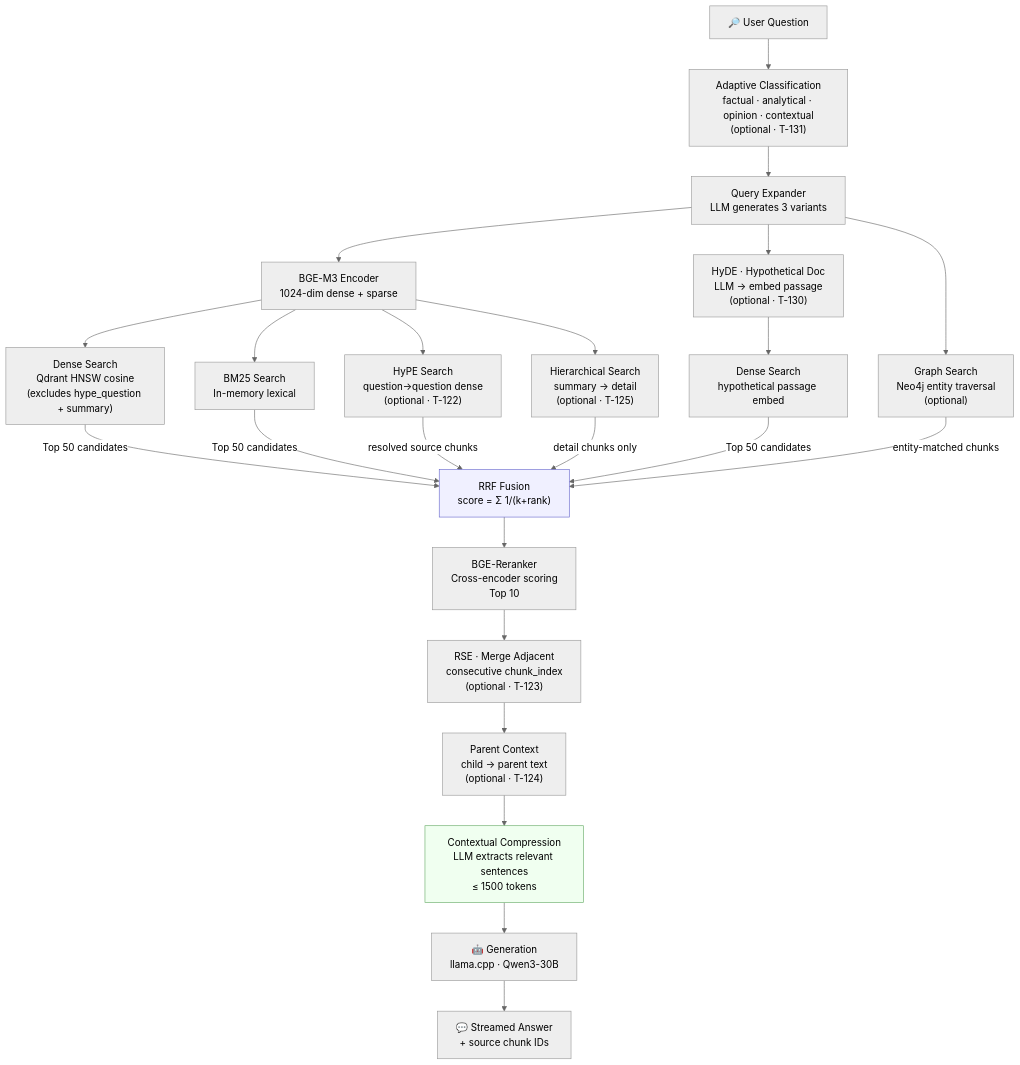
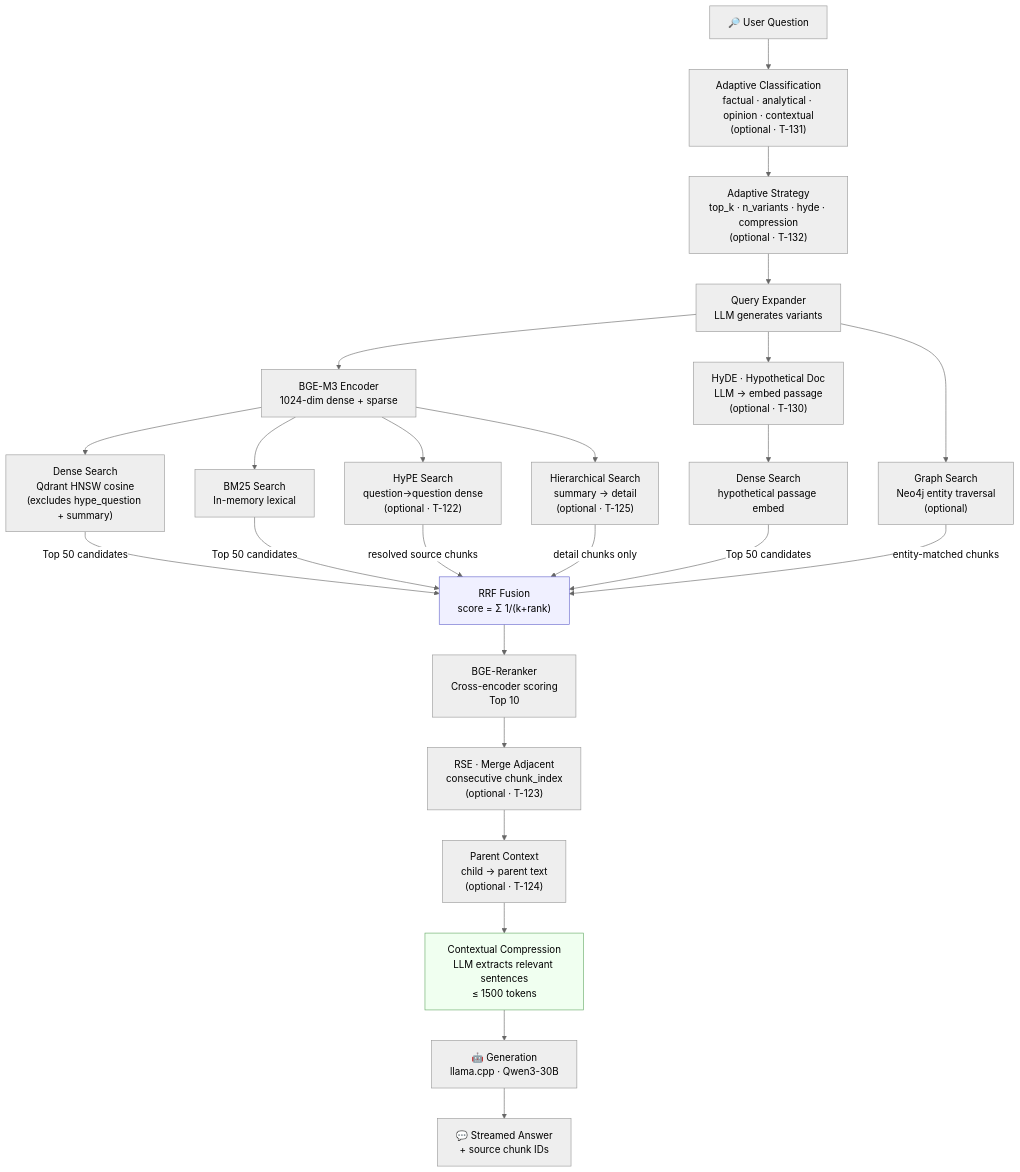
Before and after one commit to ealbertoav/rag_platform: the seventh of 10 diagrams in README.md, drawn with Mermaid (neutral theme). The commit also changed other lines of this file and 14 other files, not shown here.

````diff
--- a/README.md
+++ b/README.md
@@ -1233,31 +1237,32 @@
 ```mermaid
 flowchart TD
     Q["🔎 User Question"] --> ADAPT["Adaptive Classification<br/>factual · analytical · opinion · contextual<br/>(optional · T-131)"]
-    ADAPT --> QE["Query Expander<br/>LLM generates 3 variants"]
+    ADAPT --> STRAT["Adaptive Strategy<br/>top_k · n_variants · hyde · compression<br/>(optional · T-132)"]
+    STRAT --> QE["Query Expander<br/>LLM generates variants"]
     QE --> EMB["BGE-M3 Encoder<br/>1024-dim dense + sparse"]
     QE --> HYDE["HyDE · Hypothetical Doc<br/>LLM → embed passage<br/>(optional · T-130)"]
 
     EMB --> DS["Dense Search<br/>Qdrant HNSW cosine<br/>(excludes hype_question + summary)"]
     HYDE --> DS2["Dense Search<br/>hypothetical passage embed"]
     EMB --> BS["BM25 Search<br/>In-memory lexical"]
     EMB --> HS["HyPE Search<br/>question→question dense<br/>(optional · T-122)"]
     EMB --> HRS["Hierarchical Search<br/>summary → detail<br/>(optional · T-125)"]
     QE --> GS["Graph Search<br/>Neo4j entity traversal<br/>(optional)"]
 
     DS -->|Top 50 candidates| RRF["RRF Fusion<br/>score = Σ 1/(k+rank)"]
     DS2 -->|Top 50 candidates| RRF
     BS -->|Top 50 candidates| RRF
     HS -->|resolved source chunks| RRF
     HRS -->|detail chunks only| RRF
     GS -->|entity-matched chunks| RRF
 
     RRF --> RR["BGE-Reranker<br/>Cross-encoder scoring<br/>Top 10"]
     RR --> RSE["RSE · Merge Adjacent<br/>consecutive chunk_index<br/>(optional · T-123)"]
     RSE --> PC["Parent Context<br/>child → parent text<br/>(optional · T-124)"]
     PC --> CTX["Contextual Compression<br/>LLM extracts relevant sentences<br/>≤ 1500 tokens"]
     CTX --> GEN["🤖 Generation<br/>llama.cpp · Qwen3-30B"]
     GEN --> ANS["💬 Streamed Answer<br/>+ source chunk IDs"]
 
     style RRF fill:#f0f0ff,stroke:#6666cc
     style CTX fill:#f0fff0,stroke:#66aa66
 ```
````
